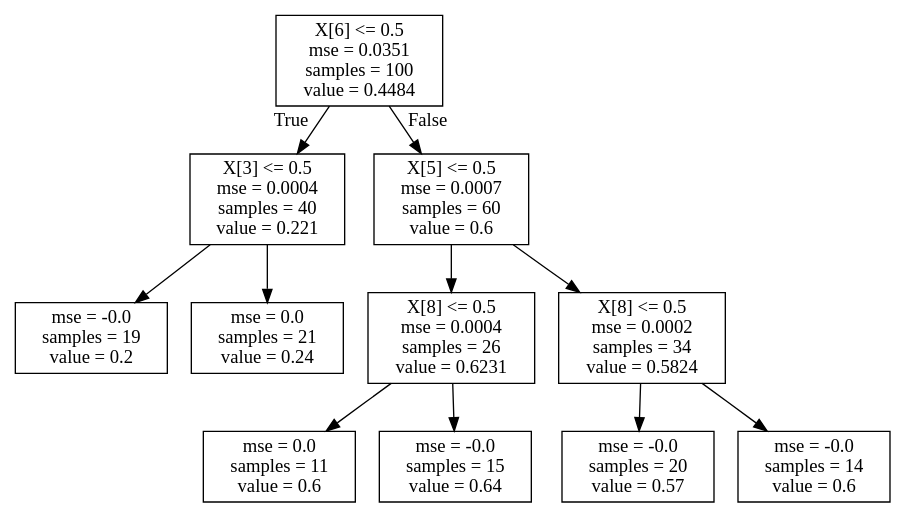
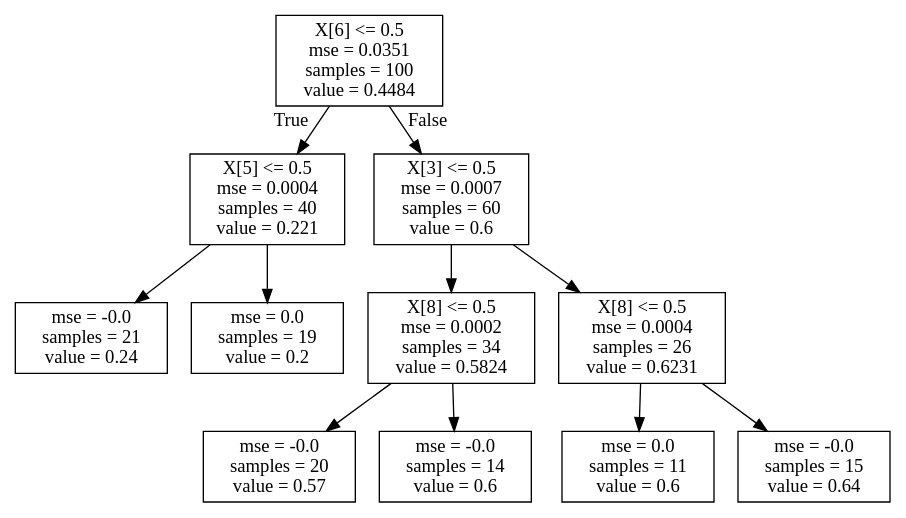
The diagram in surrogate_data/simple_3.dot (ai-se/SPL), drawn with Graphviz before and after one commit. The commit also changed 12 other files, not shown here.

```diff
--- a/surrogate_data/simple_3.dot
+++ b/surrogate_data/simple_3.dot
@@ -1,24 +1,24 @@
 digraph Tree {
 node [shape=box] ;
 0 [label="X[6] <= 0.5\nmse = 0.0351\nsamples = 100\nvalue = 0.4484"] ;
-1 [label="X[3] <= 0.5\nmse = 0.0004\nsamples = 40\nvalue = 0.221"] ;
+1 [label="X[5] <= 0.5\nmse = 0.0004\nsamples = 40\nvalue = 0.221"] ;
 0 -> 1 [labeldistance=2.5, labelangle=45, headlabel="True"] ;
-2 [label="mse = -0.0\nsamples = 19\nvalue = 0.2"] ;
+2 [label="mse = -0.0\nsamples = 21\nvalue = 0.24"] ;
 1 -> 2 ;
-3 [label="mse = 0.0\nsamples = 21\nvalue = 0.24"] ;
+3 [label="mse = 0.0\nsamples = 19\nvalue = 0.2"] ;
 1 -> 3 ;
-4 [label="X[5] <= 0.5\nmse = 0.0007\nsamples = 60\nvalue = 0.6"] ;
+4 [label="X[3] <= 0.5\nmse = 0.0007\nsamples = 60\nvalue = 0.6"] ;
 0 -> 4 [labeldistance=2.5, labelangle=-45, headlabel="False"] ;
-5 [label="X[8] <= 0.5\nmse = 0.0004\nsamples = 26\nvalue = 0.6231"] ;
+5 [label="X[8] <= 0.5\nmse = 0.0002\nsamples = 34\nvalue = 0.5824"] ;
 4 -> 5 ;
-6 [label="mse = 0.0\nsamples = 11\nvalue = 0.6"] ;
+6 [label="mse = -0.0\nsamples = 20\nvalue = 0.57"] ;
 5 -> 6 ;
-7 [label="mse = -0.0\nsamples = 15\nvalue = 0.64"] ;
+7 [label="mse = -0.0\nsamples = 14\nvalue = 0.6"] ;
 5 -> 7 ;
-8 [label="X[8] <= 0.5\nmse = 0.0002\nsamples = 34\nvalue = 0.5824"] ;
+8 [label="X[8] <= 0.5\nmse = 0.0004\nsamples = 26\nvalue = 0.6231"] ;
 4 -> 8 ;
-9 [label="mse = -0.0\nsamples = 20\nvalue = 0.57"] ;
+9 [label="mse = 0.0\nsamples = 11\nvalue = 0.6"] ;
 8 -> 9 ;
-10 [label="mse = -0.0\nsamples = 14\nvalue = 0.6"] ;
+10 [label="mse = -0.0\nsamples = 15\nvalue = 0.64"] ;
 8 -> 10 ;
 }
```
